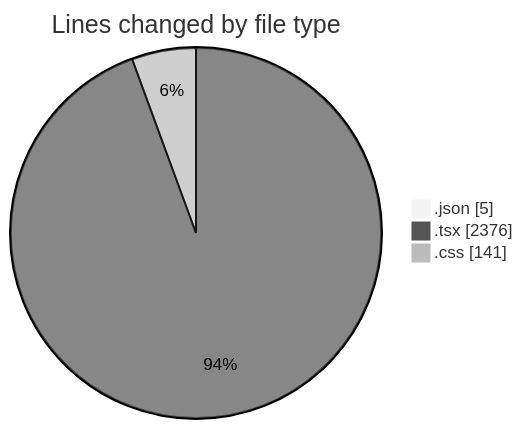
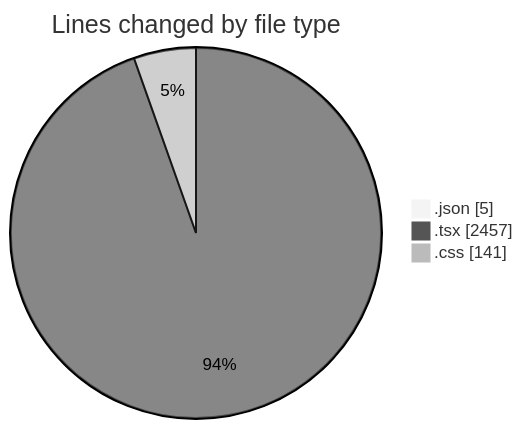
Before and after one commit to Elitesun/code-tracking: the first of 2 diagrams in 2025-05-29/advertise/README.md, drawn with Mermaid (neutral theme). The commit also changed other lines of this file and 1 other file, not shown here.

````diff
--- a/2025-05-29/advertise/README.md
+++ b/2025-05-29/advertise/README.md
@@ -27,7 +27,7 @@
 ```mermaid
 pie showData
 title Lines changed by file type
 ".json" : 5
-".tsx" : 2376
+".tsx" : 2457
 ".css" : 141
 ```
````
